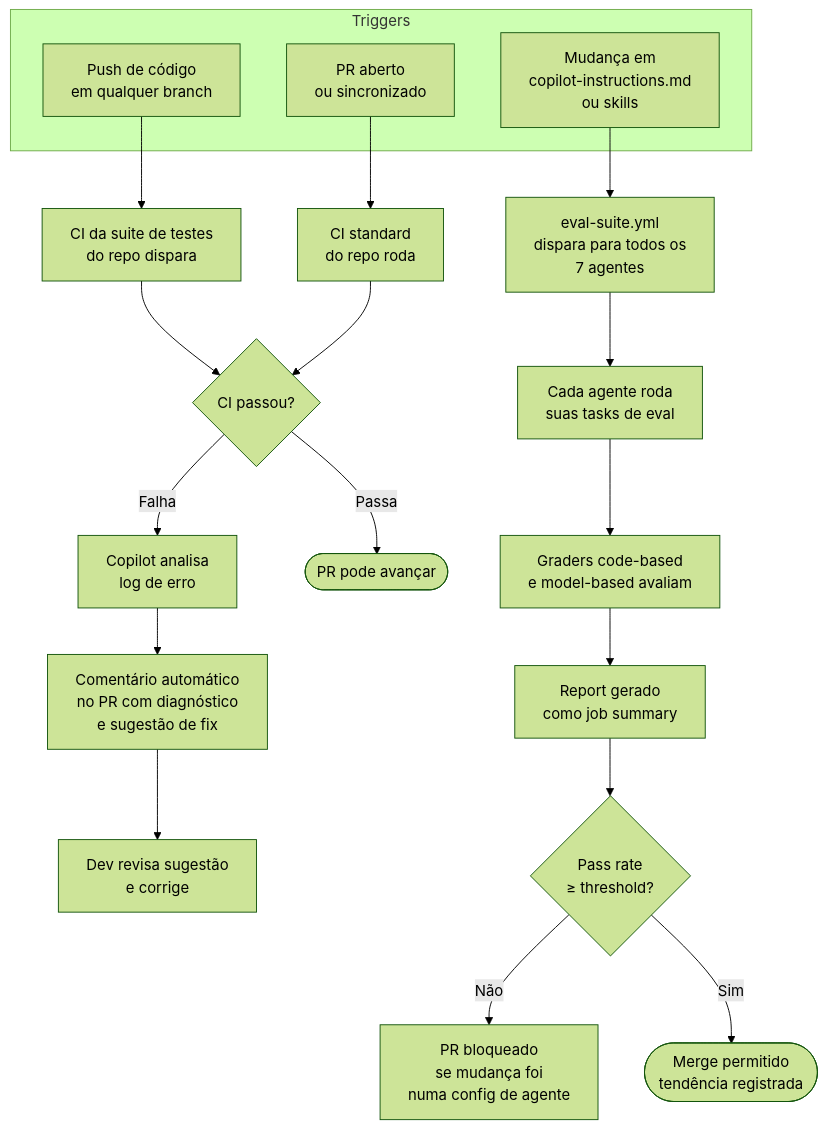
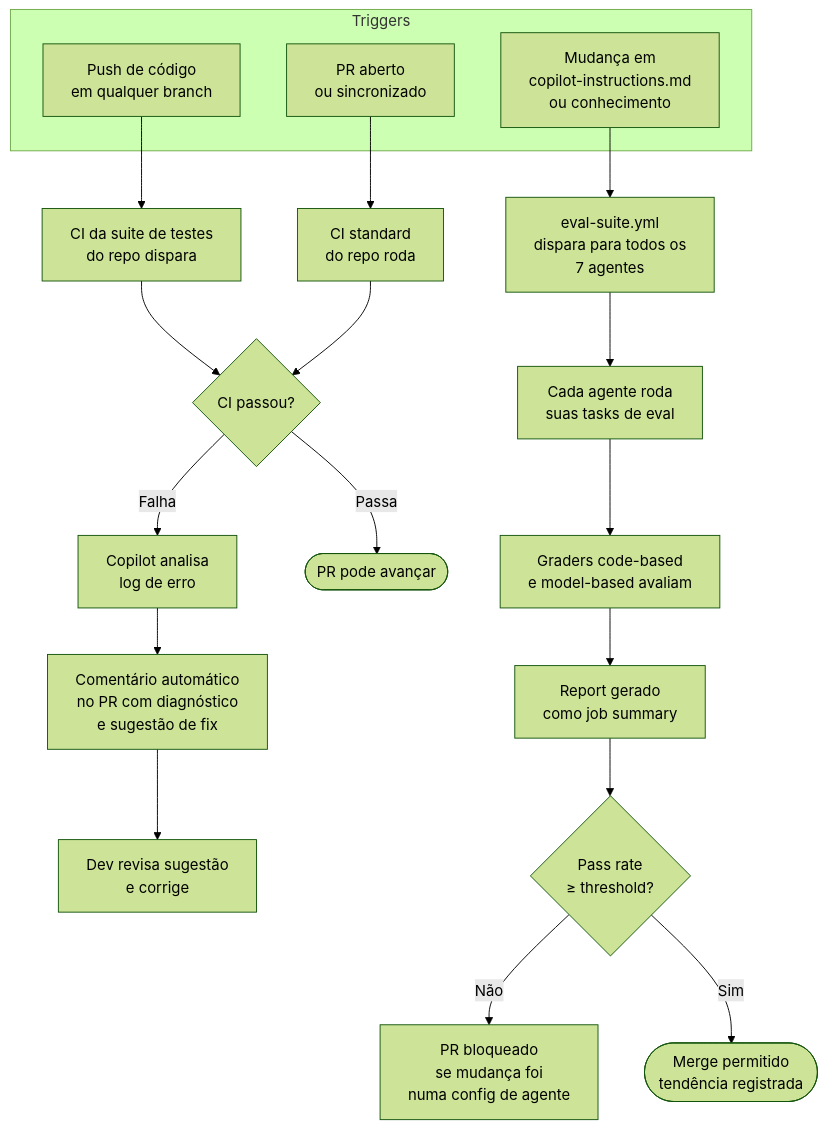
The diagram in docs/agents/05-test.md (jpsslink/sdlc-agentico), drawn with Mermaid (forest theme) before and after one commit. The commit also changed other lines of this file and 1 other file, not shown here.

````diff
--- a/docs/agents/05-test.md
+++ b/docs/agents/05-test.md
@@ -120,27 +138,27 @@
 ```mermaid
 flowchart TD
     subgraph TRIGGER ["Triggers"]
         T1[Push de código\nem qualquer branch]
-        T2[Mudança em\ncopilot-instructions.md\nou skills]
+        T2[Mudança em\ncopilot-instructions.md\nou conhecimento]
         T3[PR aberto\nou sincronizado]
     end
 
     T1 --> A
     T2 --> B
     T3 --> C
 
     A[CI da suite de testes\ndo repo dispara] --> D{CI passou?}
     D -- Falha --> E[Copilot analisa\nlog de erro]
     E --> F[Comentário automático\nno PR com diagnóstico\ne sugestão de fix]
     F --> G[Dev revisa sugestão\ne corrige]
     D -- Passa --> H([PR pode avançar])
 
     B[eval-suite.yml\ndispara para todos os\n7 agentes] --> I[Cada agente roda\nsuas tasks de eval]
     I --> J[Graders code-based\ne model-based avaliam]
     J --> K[Report gerado\ncomo job summary]
     K --> L{Pass rate\n≥ threshold?}
     L -- Não --> M[PR bloqueado\nse mudança foi\nnuma config de agente]
     L -- Sim --> N([Merge permitido\ntendência registrada])
 
     C[CI standard\ndo repo roda] --> D
 ```
````
